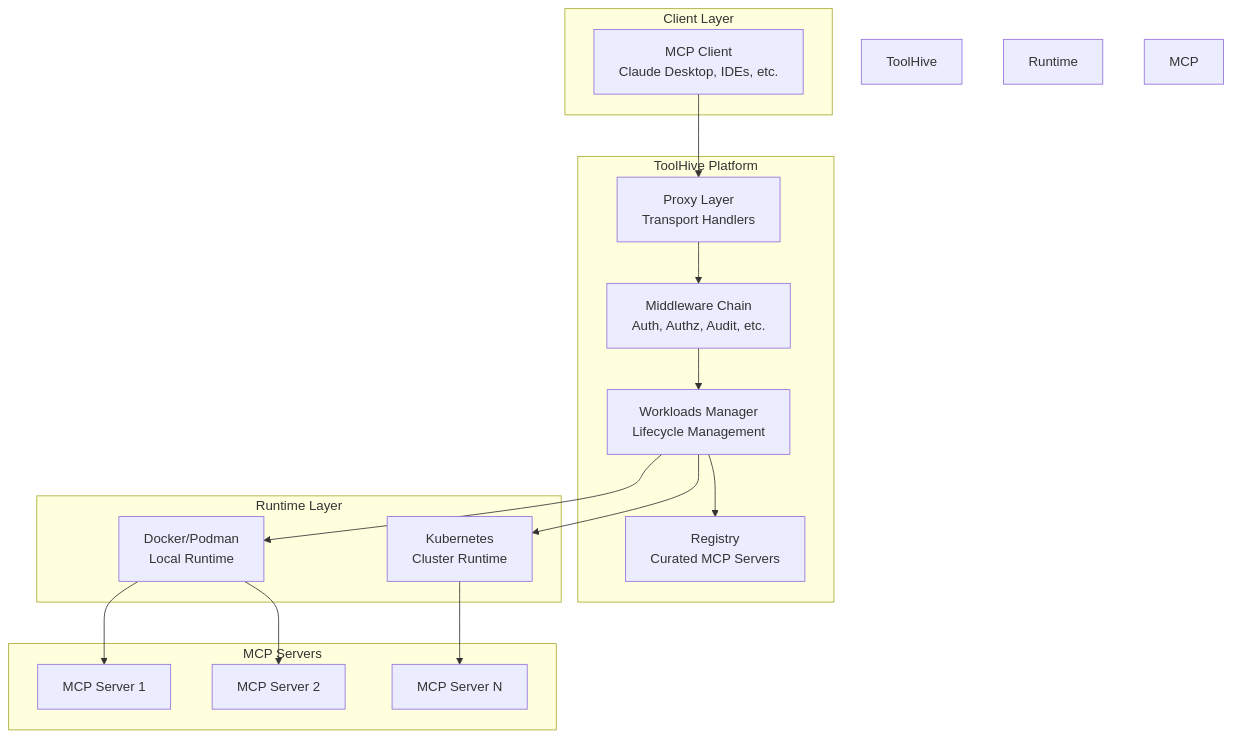
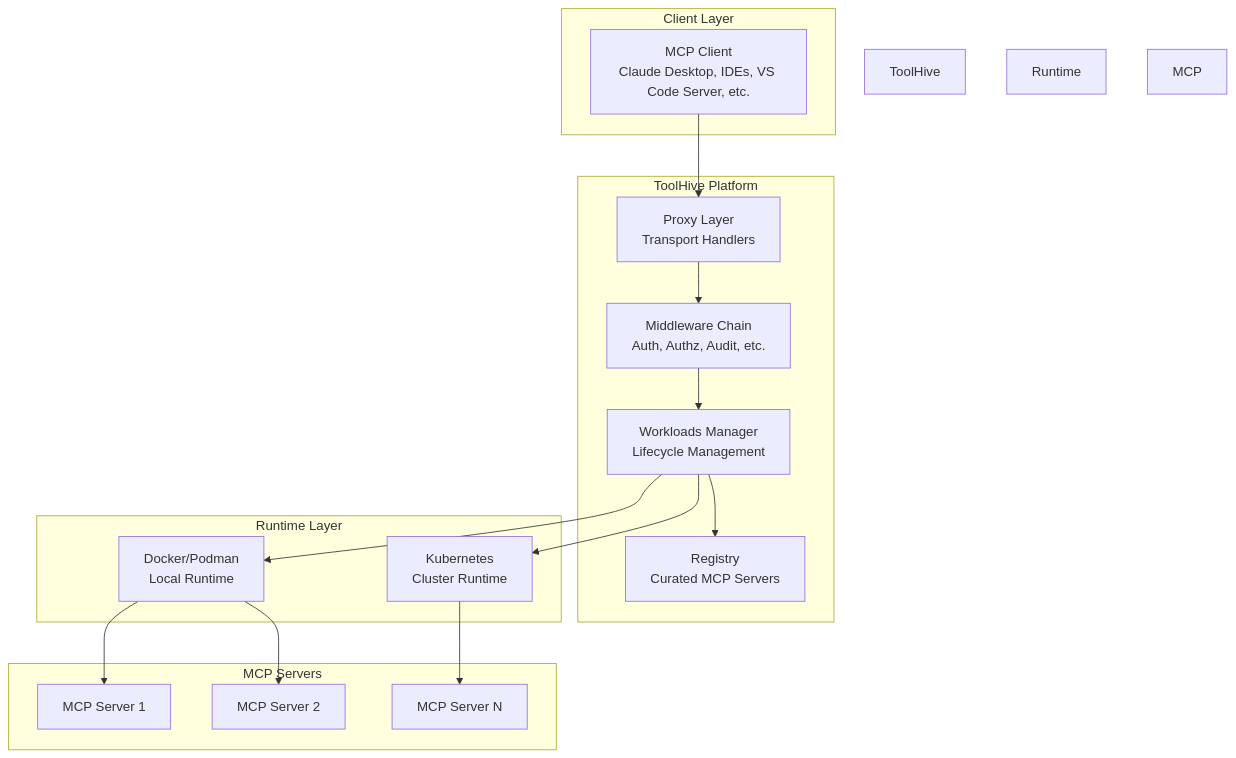
The first of 3 diagrams in docs/arch/00-overview.md (stacklok/toolhive), drawn with Mermaid before and after one commit. The commit also changed 3 other files, not shown here.

````diff
--- a/docs/arch/00-overview.md
+++ b/docs/arch/00-overview.md
@@ -21,38 +21,38 @@
 ```mermaid
 graph TB
     subgraph "Client Layer"
-        Client[MCP Client<br/>Claude Desktop, IDEs, etc.]
+        Client[MCP Client<br/>Claude Desktop, IDEs, VS Code Server, etc.]
     end
 
     subgraph "ToolHive Platform"
         Proxy[Proxy Layer<br/>Transport Handlers]
         Middleware[Middleware Chain<br/>Auth, Authz, Audit, etc.]
         Workloads[Workloads Manager<br/>Lifecycle Management]
         Registry[Registry<br/>Curated MCP Servers]
     end
 
     subgraph "Runtime Layer"
         Docker[Docker/Podman<br/>Local Runtime]
         K8s[Kubernetes<br/>Cluster Runtime]
     end
 
     subgraph "MCP Servers"
         MCPS1[MCP Server 1]
         MCPS2[MCP Server 2]
         MCPS3[MCP Server N]
     end
 
     Client --> Proxy
     Proxy --> Middleware
     Middleware --> Workloads
     Workloads --> Registry
     Workloads --> Docker
     Workloads --> K8s
     Docker --> MCPS1
     Docker --> MCPS2
     K8s --> MCPS3
 
     style ToolHive Platform fill:#e1f5fe
     style Runtime Layer fill:#fff3e0
     style MCP Servers fill:#f3e5f5
 ```
````
